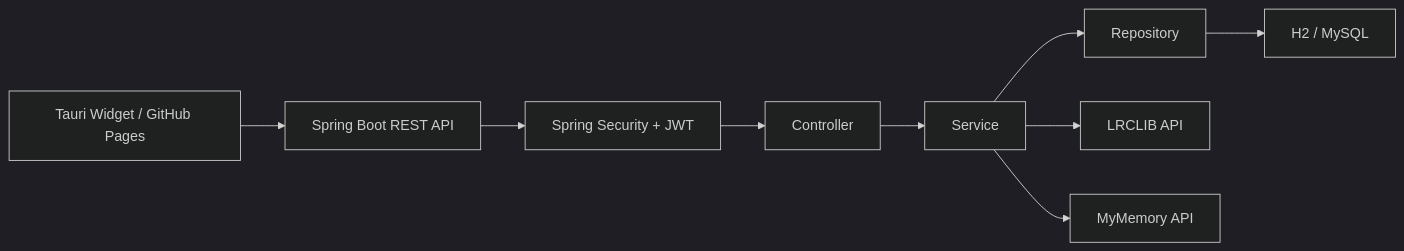
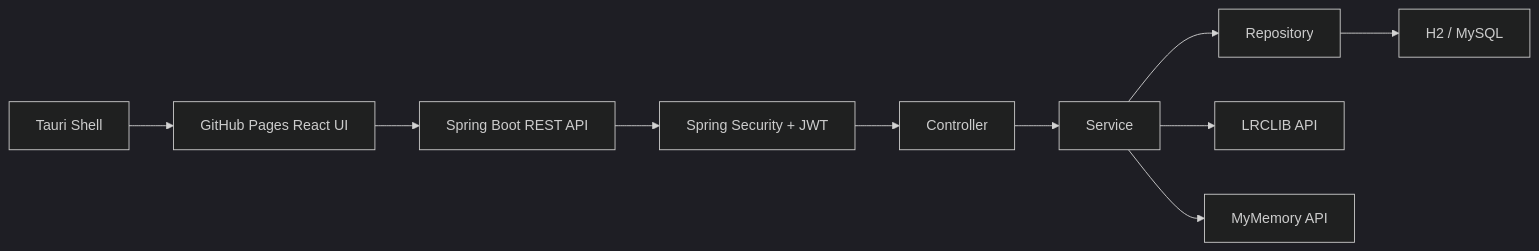
Before and after one commit to Song991123/KuroStep: the first of 2 diagrams in README.md, drawn with Mermaid (dark theme). The commit also changed other lines of this file and 1 other file, not shown here.

Commit message:
Update project status docs after React migration

````diff
--- a/README.md
+++ b/README.md
@@ -89,11 +90,12 @@
 ```mermaid
 flowchart LR
-    Client["Tauri Widget / GitHub Pages"] --> API["Spring Boot REST API"]
+    Shell["Tauri Shell"] --> UI["GitHub Pages React UI"]
+    UI --> API["Spring Boot REST API"]
     API --> Security["Spring Security + JWT"]
     Security --> Controller["Controller"]
     Controller --> Service["Service"]
     Service --> Repository["Repository"]
     Repository --> DB["H2 / MySQL"]
     Service --> Lyrics["LRCLIB API"]
     Service --> Translation["MyMemory API"]
 ```
````
